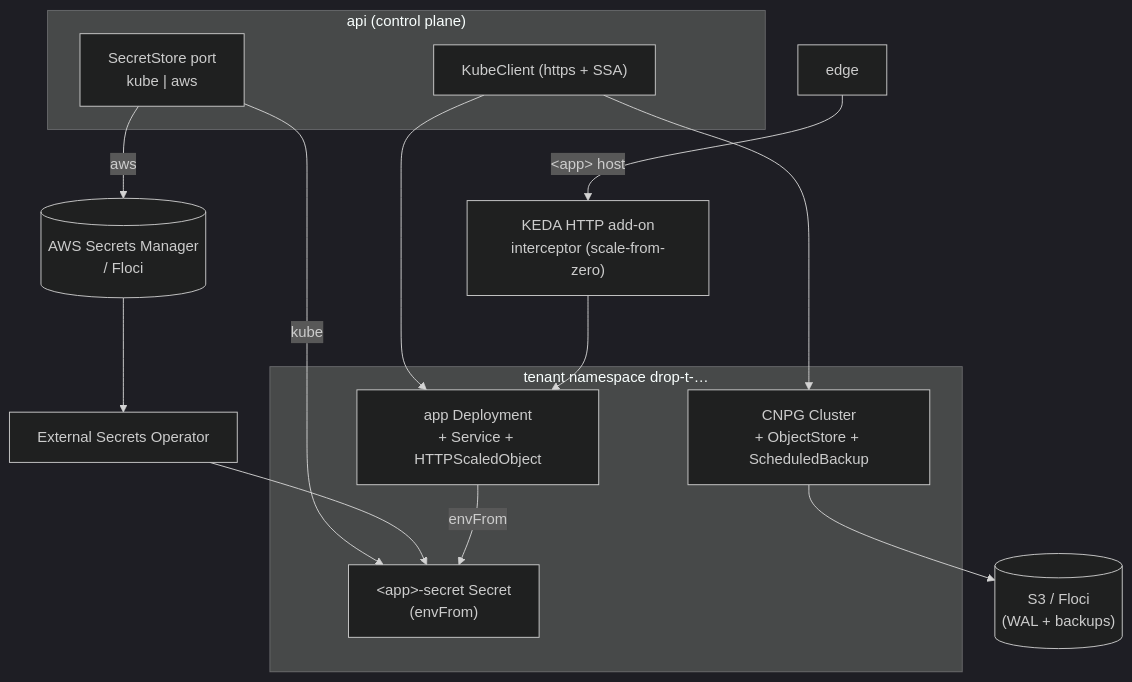
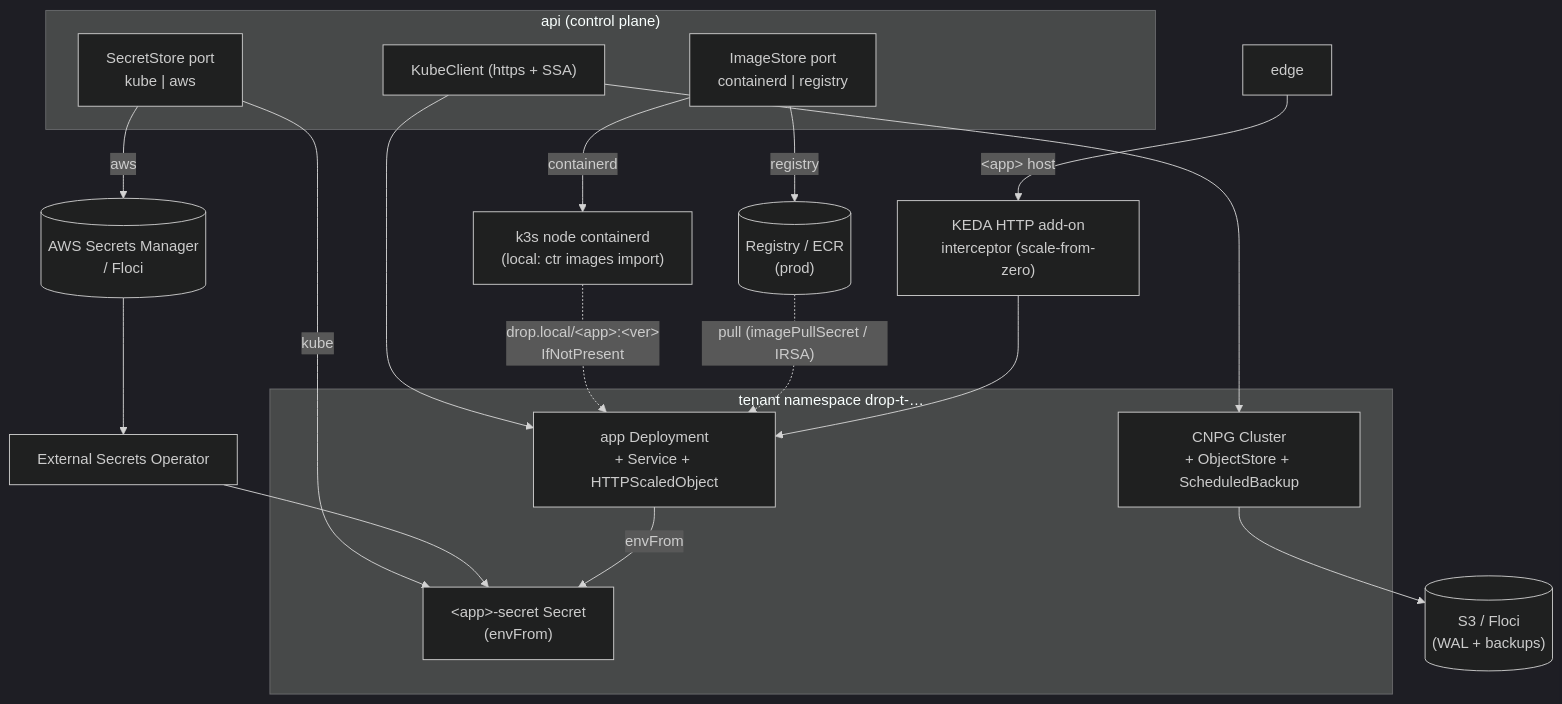
Before and after one commit to abhirathore2006/drop: the seventh of 7 diagrams in docs/ARCHITECTURE.md, drawn with Mermaid (dark theme). The commit also changed other lines of this file and 16 other files, not shown here.

````diff
--- a/docs/ARCHITECTURE.md
+++ b/docs/ARCHITECTURE.md
@@ -301,23 +346,30 @@
 ```mermaid
 flowchart TB
     subgraph cp["api (control plane)"]
         K["KubeClient (https + SSA)"]
         SS["SecretStore port<br/>kube | aws"]
+        IS["ImageStore port<br/>containerd | registry"]
     end
     subgraph ns["tenant namespace drop-t-…"]
         dep["app Deployment<br/>+ Service + HTTPScaledObject"]
         sec["&lt;app&gt;-secret Secret<br/>(envFrom)"]
         cl["CNPG Cluster<br/>+ ObjectStore + ScheduledBackup"]
     end
     keda["KEDA HTTP add-on<br/>interceptor (scale-from-zero)"]
     eso["External Secrets Operator"]
     asm[("AWS Secrets Manager<br/>/ Floci")]
     s3[("S3 / Floci<br/>(WAL + backups)")]
+    ctrd["k3s node containerd<br/>(local: ctr images import)"]
+    reg[("Registry / ECR<br/>(prod)")]
 
     K --> dep & cl
     SS -->|kube| sec
     SS -->|aws| asm --> eso --> sec
+    IS -->|containerd| ctrd
+    IS -->|registry| reg
+    ctrd -.->|"drop.local/&lt;app&gt;:&lt;ver&gt;<br/>IfNotPresent"| dep
+    reg -.->|"pull (imagePullSecret / IRSA)"| dep
     edge["edge"] -->|"&lt;app&gt; host"| keda --> dep
     dep -->|envFrom| sec
     cl --> s3
 ```
````
